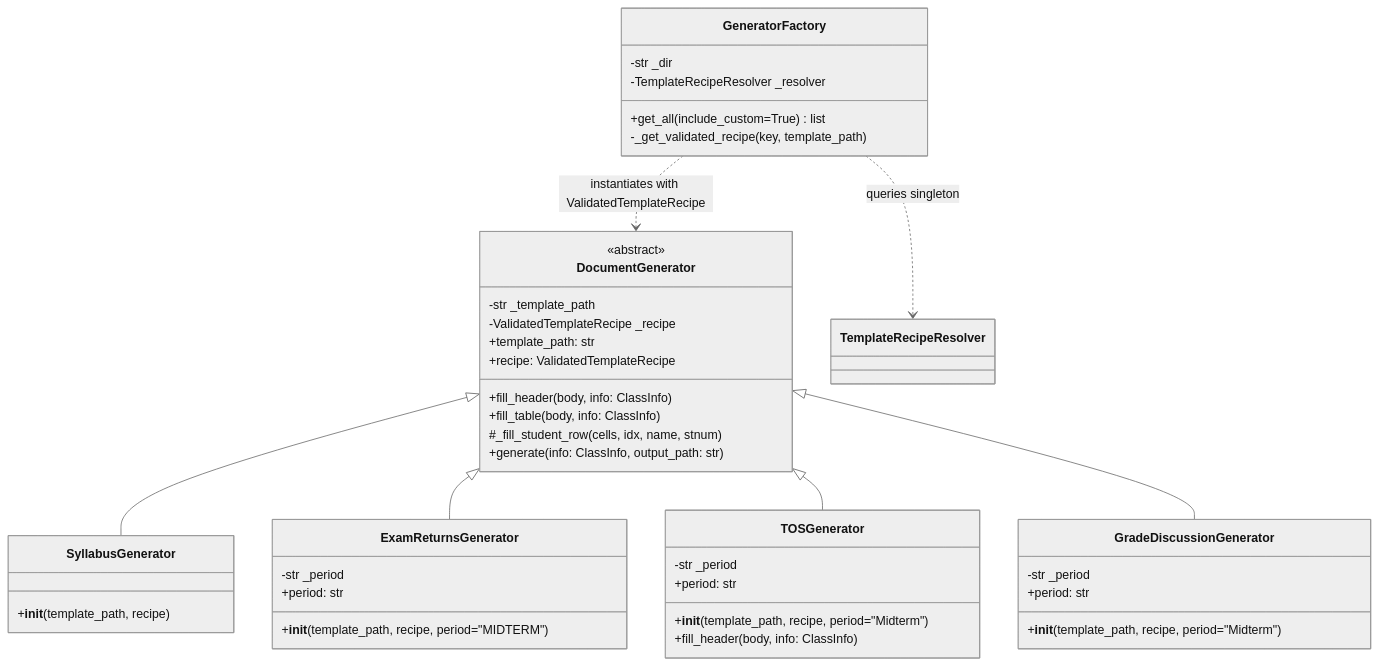
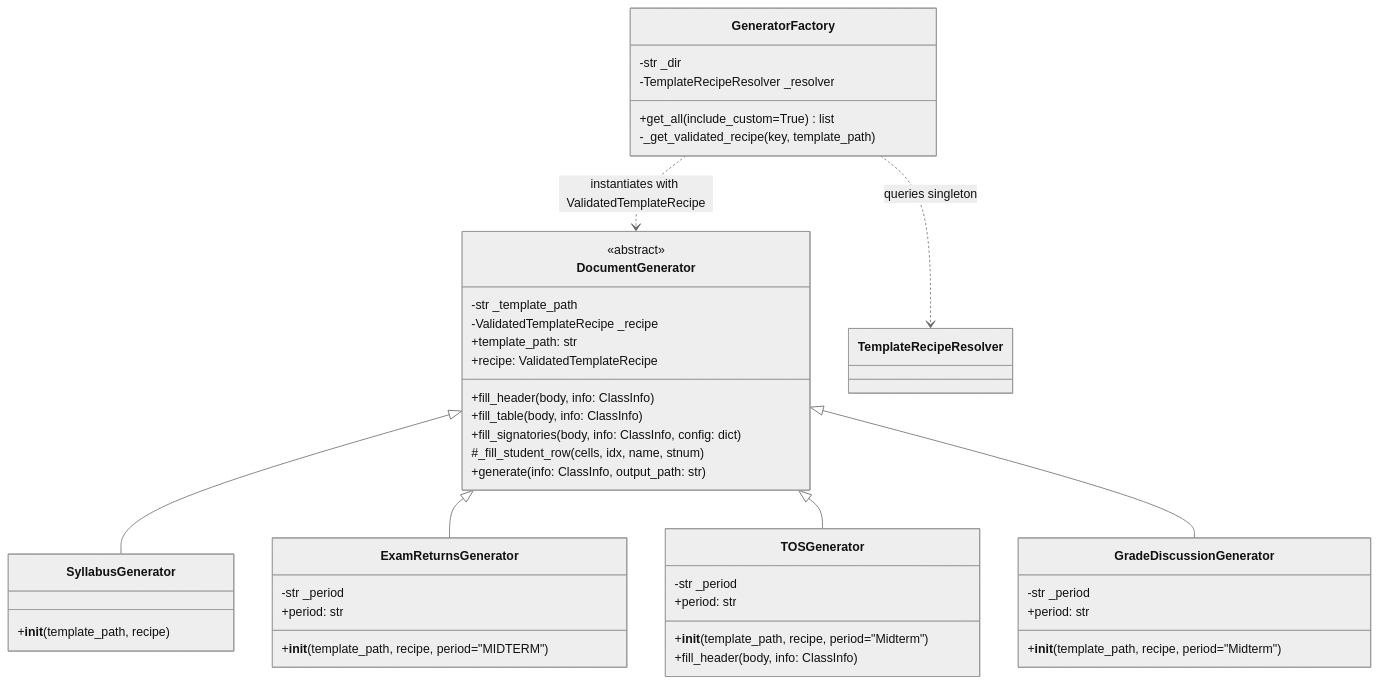
The diagram in 02 - Generators/CEIT Generator.md (DrinkBoooz/cvsu-generator_documentation), drawn with Mermaid (neutral theme) before and after one commit. The commit also changed other lines of this file and 3 other files, not shown here.

````diff
--- a/02 - Generators/CEIT Generator.md
+++ b/02 - Generators/CEIT Generator.md
@@ -43,51 +46,52 @@
 ```mermaid
 classDiagram
     class DocumentGenerator {
         <<abstract>>
         -str _template_path
         -ValidatedTemplateRecipe _recipe
         +template_path: str
         +recipe: ValidatedTemplateRecipe
         +fill_header(body, info: ClassInfo)
         +fill_table(body, info: ClassInfo)
+        +fill_signatories(body, info: ClassInfo, config: dict)
         #_fill_student_row(cells, idx, name, stnum)
         +generate(info: ClassInfo, output_path: str)
     }
 
     class SyllabusGenerator {
         +__init__(template_path, recipe)
     }
 
     class ExamReturnsGenerator {
         -str _period
         +period: str
         +__init__(template_path, recipe, period="MIDTERM")
     }
 
     class TOSGenerator {
         -str _period
         +period: str
         +__init__(template_path, recipe, period="Midterm")
         +fill_header(body, info: ClassInfo)
     }
 
     class GradeDiscussionGenerator {
         -str _period
         +period: str
         +__init__(template_path, recipe, period="Midterm")
     }
 
     class GeneratorFactory {
         -str _dir
         -TemplateRecipeResolver _resolver
         +get_all(include_custom=True) list
         -_get_validated_recipe(key, template_path)
     }
 
     DocumentGenerator <|-- SyllabusGenerator
     DocumentGenerator <|-- ExamReturnsGenerator
     DocumentGenerator <|-- TOSGenerator
     DocumentGenerator <|-- GradeDiscussionGenerator
     GeneratorFactory ..> TemplateRecipeResolver : queries singleton
     GeneratorFactory ..> DocumentGenerator : instantiates with ValidatedTemplateRecipe
 ```
````
